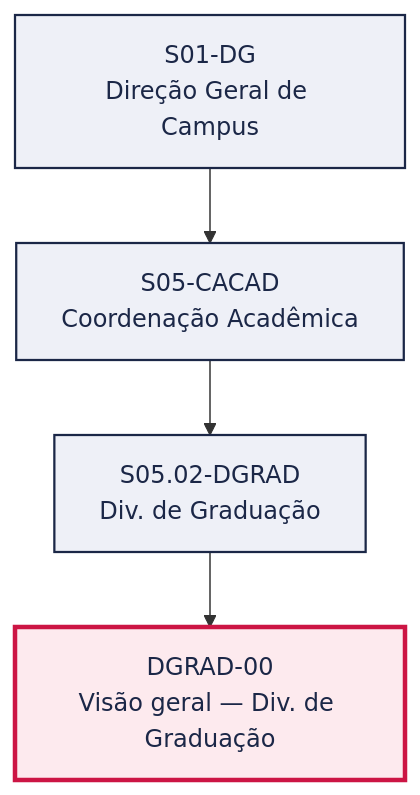
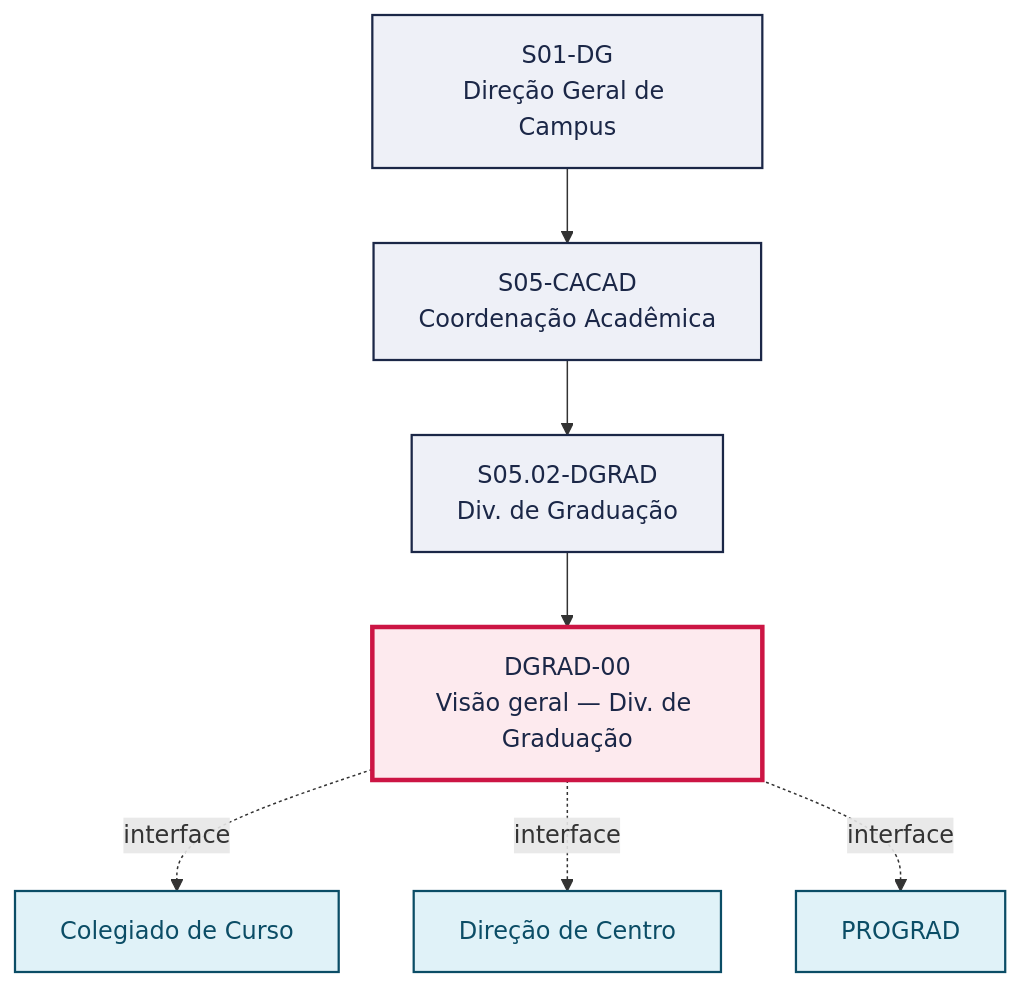
The first of 2 diagrams in pops/DGRAD/DGRAD-00.md (jessefers/canvas-vivo-atdg), drawn with Mermaid before and after one commit. The commit also changed other lines of this file and 95 other files, not shown here.

````diff
--- a/pops/DGRAD/DGRAD-00.md
+++ b/pops/DGRAD/DGRAD-00.md
@@ -49,15 +54,22 @@
 ```mermaid
 graph TD
   S01_DG["S01-DG<br/>Direção Geral de Campus"]
   S05_CACAD["S05-CACAD<br/>Coordenação Acadêmica"]
   S01_DG --> S05_CACAD
   S05_02_DGRAD["S05.02-DGRAD<br/>Div. de Graduação"]
   S05_CACAD --> S05_02_DGRAD
   P["DGRAD-00<br/>Visão geral — Div. de Graduação"]
   S05_02_DGRAD --> P
+  V1["Colegiado de Curso"]
+  P -. interface .-> V1
+  V2["Direção de Centro"]
+  P -. interface .-> V2
+  V3["PROGRAD"]
+  P -. interface .-> V3
   classDef setor fill:#EEF0F7,stroke:#1B2747,stroke-width:1.5px,color:#1B2747
   classDef destaque fill:#FDEAEE,stroke:#CC1544,stroke-width:3px,color:#1B2747
   classDef vizinho fill:#E0F2F8,stroke:#0B4D66,stroke-width:1.5px,color:#0B4D66
   class S01_DG,S05_CACAD,S05_02_DGRAD setor
   class P destaque
+  class V1,V2,V3 vizinho
 ```
````
